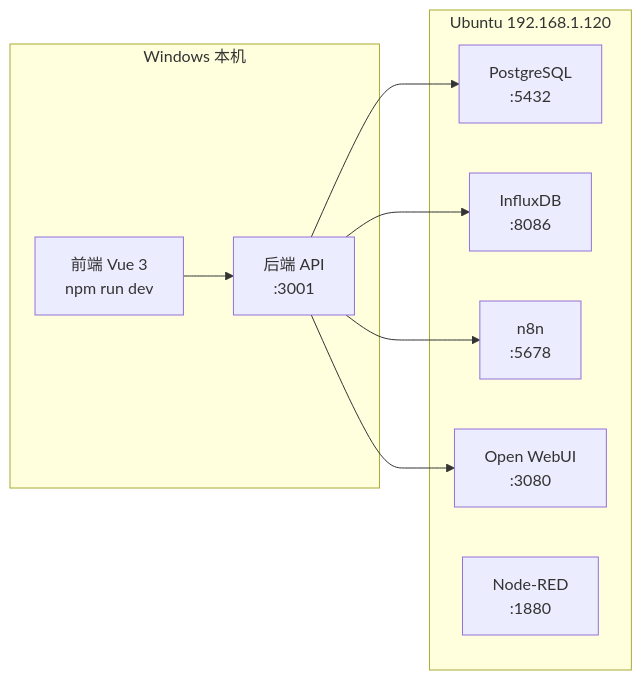
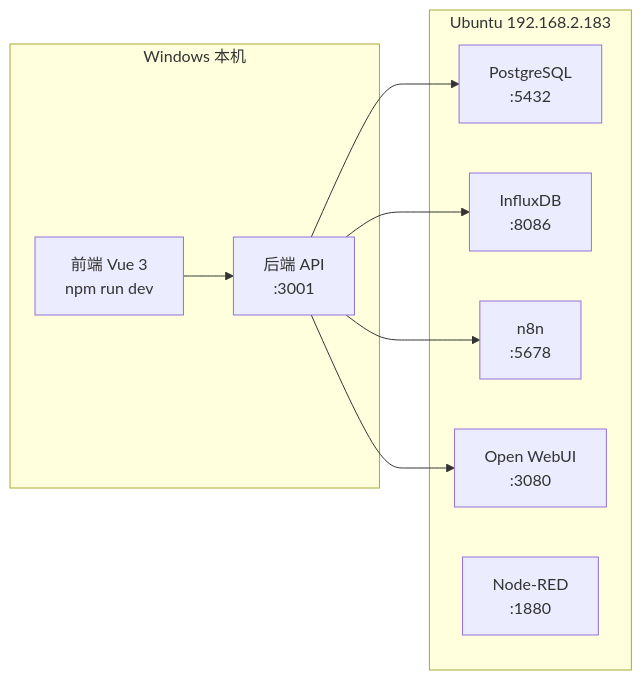
Before and after one commit to ideeinfo/TwinSight: the diagram in todo/Docker迁移_20260119/implementation_plan.md, drawn with Mermaid. The commit also changed other lines of this file and 6 other files, not shown here.

````diff
--- a/todo/Docker迁移_20260119/implementation_plan.md
+++ b/todo/Docker迁移_20260119/implementation_plan.md
@@ -10,21 +10,21 @@
 ```mermaid
 flowchart LR
     subgraph Windows["Windows 本机"]
         FE["前端 Vue 3<br/>npm run dev"]
         BE["后端 API<br/>:3001"]
     end
     
-    subgraph Ubuntu["Ubuntu 192.168.1.120"]
+    subgraph Ubuntu["Ubuntu 192.168.2.183"]
         PG["PostgreSQL<br/>:5432"]
         INFLUX["InfluxDB<br/>:8086"]
         N8N["n8n<br/>:5678"]
         OWUI["Open WebUI<br/>:3080"]
         NR["Node-RED<br/>:1880"]
     end
     
     BE --> PG
     BE --> INFLUX
     BE --> N8N
     BE --> OWUI
     FE --> BE
 ```
````
